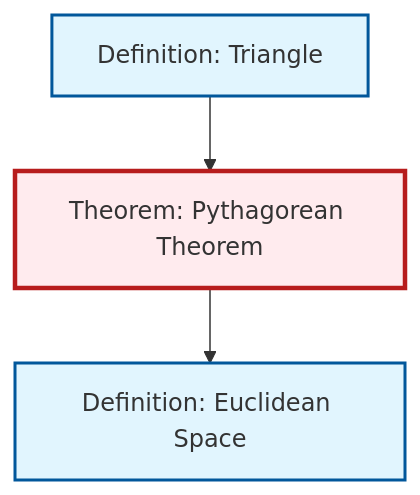
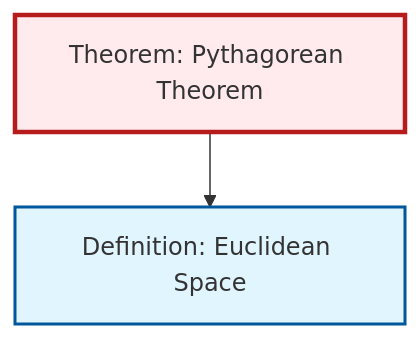
The diagram in output/mermaid/thm-pythagorean.mermaid (RK0429/ModernMath), drawn with Mermaid before and after one commit. The commit also changed 511 other files, not shown here.

````diff
--- a/output/mermaid/thm-pythagorean.mermaid
+++ b/output/mermaid/thm-pythagorean.mermaid
@@ -1,15 +1,13 @@
 ```{mermaid}
 %%| fig-cap: "Local dependency graph"
 graph TD
     classDef definition fill:#e1f5fe,stroke:#01579b,stroke-width:2px
     classDef theorem fill:#f3e5f5,stroke:#4a148c,stroke-width:2px
     classDef axiom fill:#fff3e0,stroke:#e65100,stroke-width:2px
     classDef example fill:#e8f5e9,stroke:#1b5e20,stroke-width:2px
     classDef current fill:#ffebee,stroke:#b71c1c,stroke-width:3px
     def-euclidean-space["Definition: Euclidean Space"]:::definition
     thm-pythagorean["Theorem: Pythagorean Theorem"]:::theorem
-    def-triangle["Definition: Triangle"]:::definition
     thm-pythagorean --> def-euclidean-space
-    def-triangle --> thm-pythagorean
     class thm-pythagorean current
 ```
````
